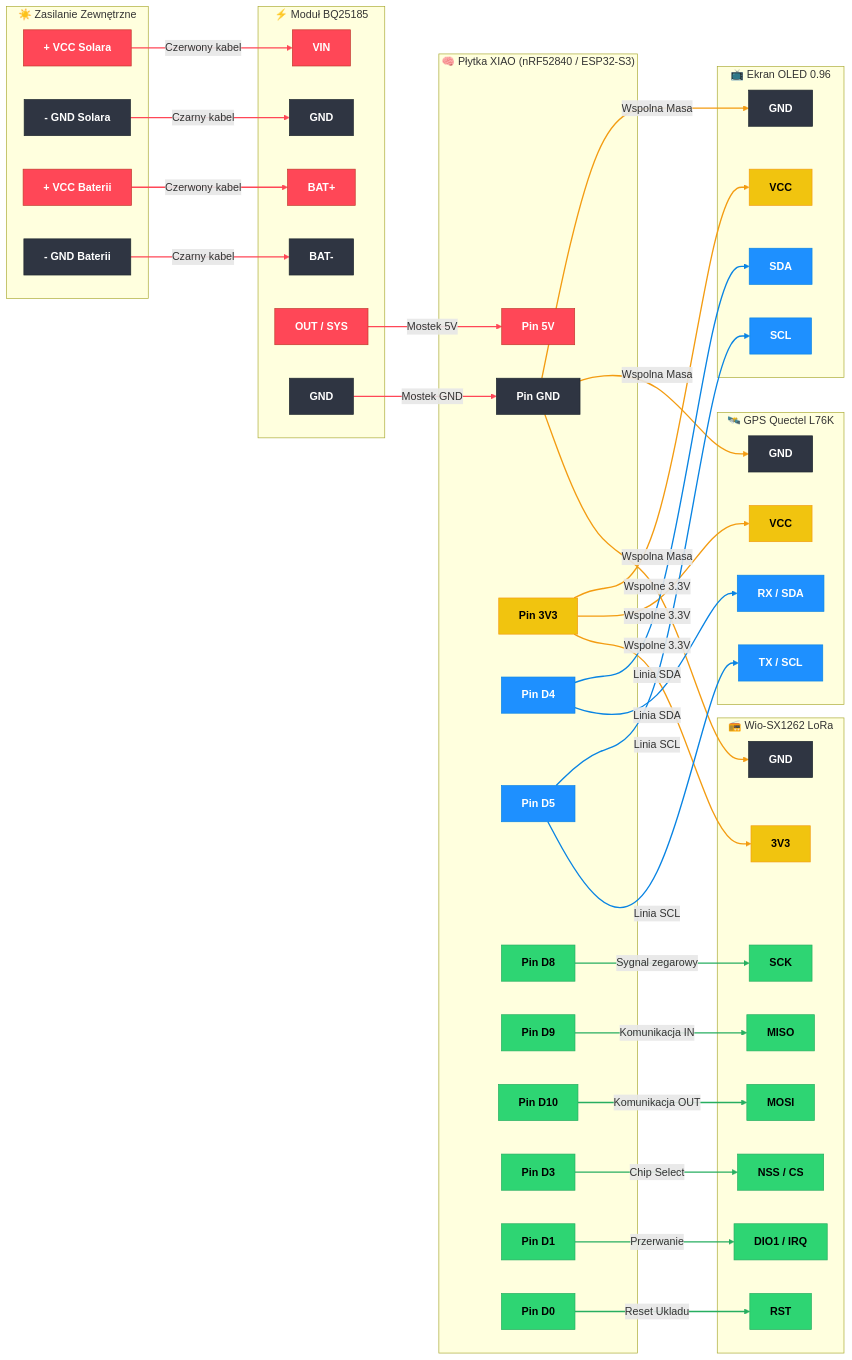
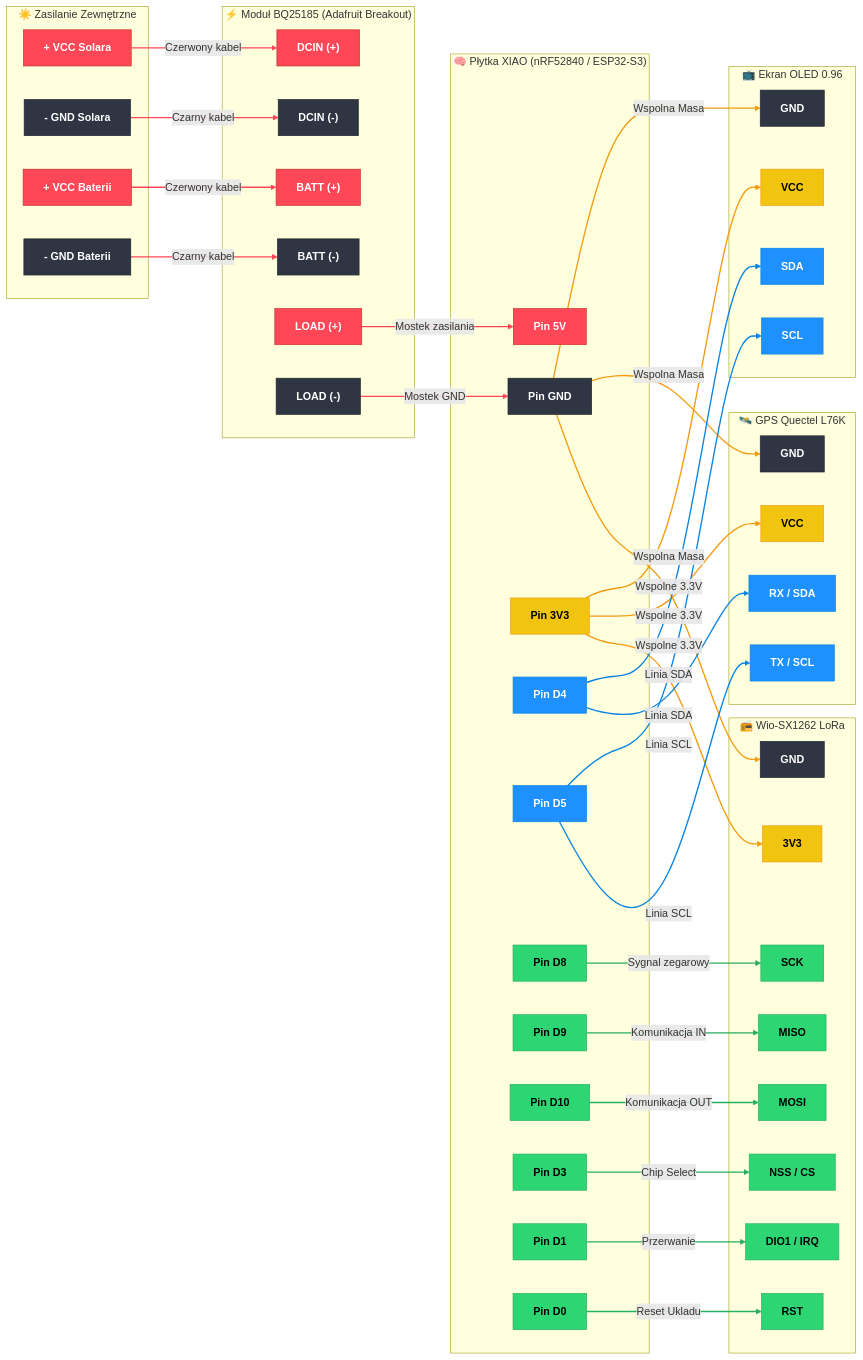
One commit to htomasz/mesh changed the third of 3 diagrams in README.md. Above: the diagram before and after it, drawn with Mermaid.

Commit message:
details fix

```diff
--- a/README.md
+++ b/README.md
@@ -236,13 +236,13 @@
         B_GND["- GND Baterii"]:::pingnd
     end
 
-    subgraph BQ ["⚡ Moduł BQ25185"]
-        BQ_VIN["VIN"]:::pin5v
-        BQ_GND1["GND"]:::pingnd
-        BQ_BAT_P["BAT+"]:::pin5v
-        BQ_BAT_M["BAT-"]:::pingnd
-        BQ_OUT["OUT / SYS"]:::pin5v
-        BQ_GND2["GND"]:::pingnd
+    subgraph BQ ["⚡ Moduł BQ25185 (Adafruit Breakout)"]
+        BQ_DCIN_P["DCIN (+)"]:::pin5v
+        BQ_DCIN_M["DCIN (-)"]:::pingnd
+        BQ_BATT_P["BATT (+)"]:::pin5v
+        BQ_BATT_M["BATT (-)"]:::pingnd
+        BQ_LOAD_P["LOAD (+)"]:::pin5v
+        BQ_LOAD_M["LOAD (-)"]:::pingnd
     end
 
     subgraph XIAO ["🧠 Płytka XIAO (nRF52840 / ESP32-S3)"]
@@ -285,12 +285,12 @@
     end
 
     %% Etap 1: Zasilanie
-    S_VCC -- Czerwony kabel --> BQ_VIN
-    S_GND -- Czarny kabel --> BQ_GND1
-    B_VCC -- Czerwony kabel --> BQ_BAT_P
-    B_GND -- Czarny kabel --> BQ_BAT_M
-    BQ_OUT -- Mostek 5V --> X_5V
-    BQ_GND2 -- Mostek GND --> X_GND
+    S_VCC -- Czerwony kabel --> BQ_DCIN_P
+    S_GND -- Czarny kabel --> BQ_DCIN_M
+    B_VCC -- Czerwony kabel --> BQ_BATT_P
+    B_GND -- Czarny kabel --> BQ_BATT_M
+    BQ_LOAD_P -- Mostek zasilania --> X_5V
+    BQ_LOAD_M -- Mostek GND --> X_GND
 
     %% Etap 2: Dystrybucja zasilania logicznego 3.3V
     X_3V3 -- Wspolne 3.3V --> O_VCC
```
